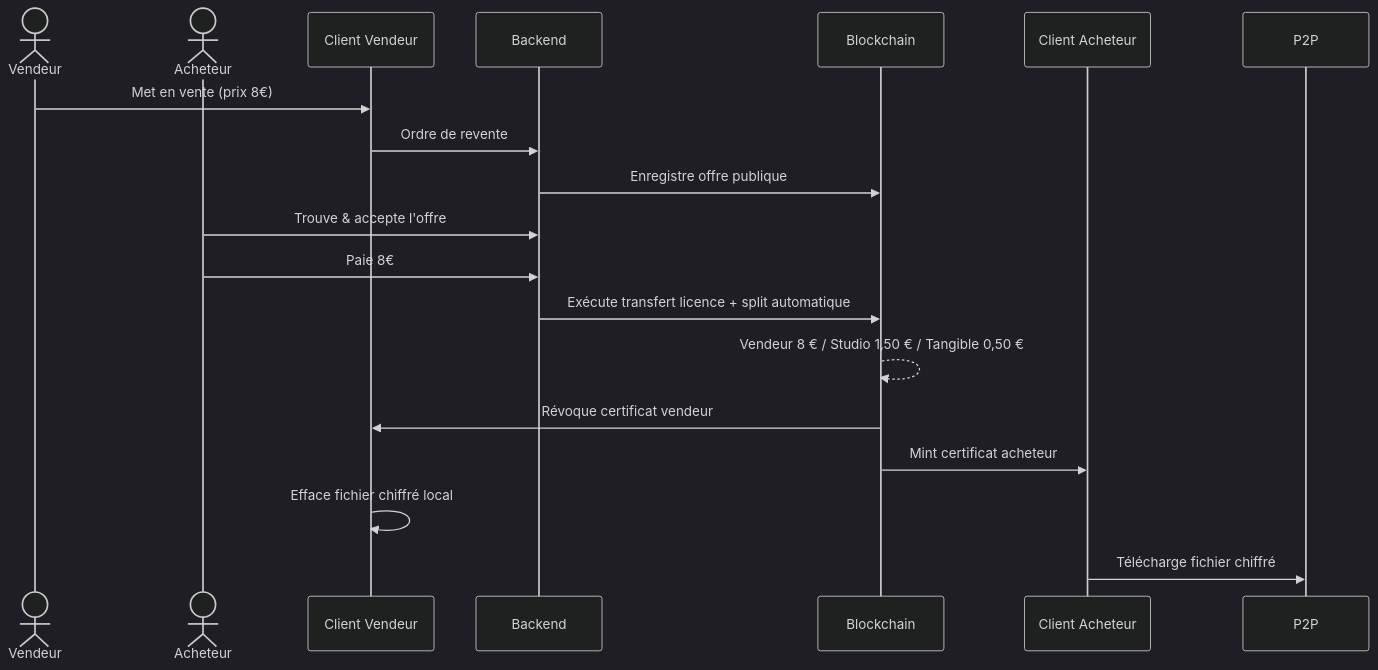
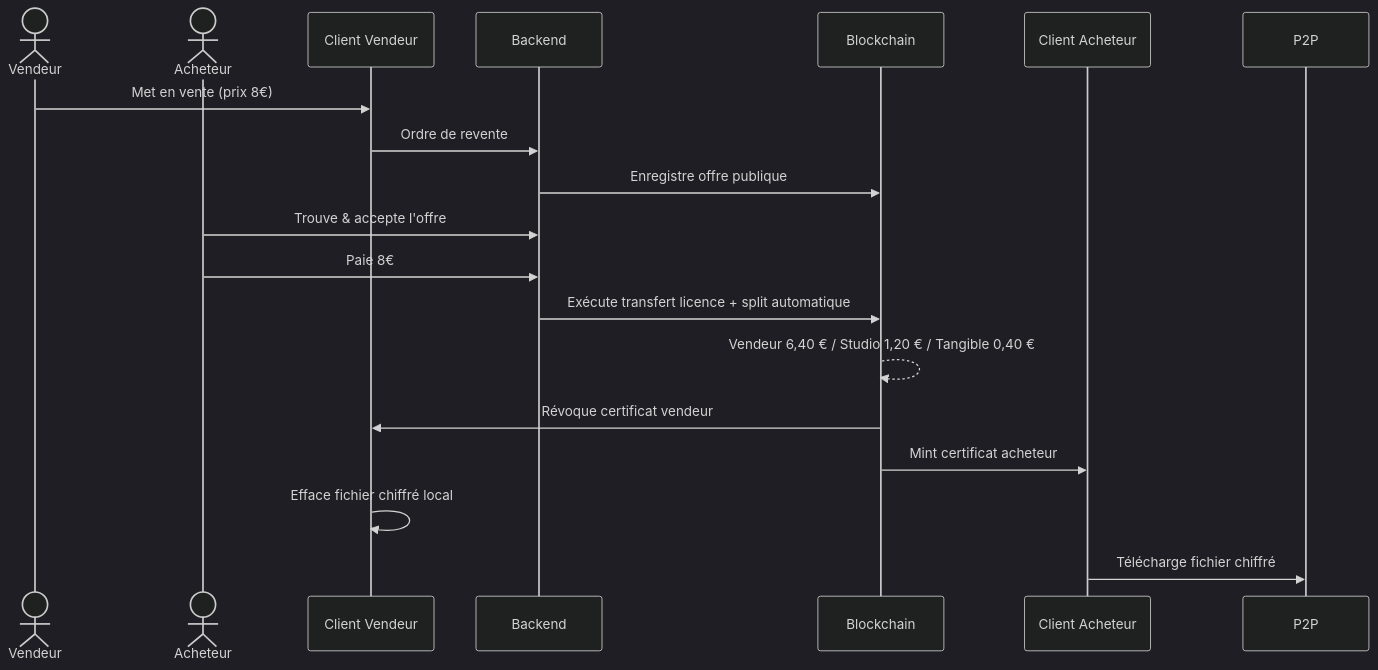
One commit to Pixnop/tangible changed the third of 4 diagrams in content/06 - Technique/Architecture Technique.md. Above: the diagram before and after it, drawn with Mermaid (dark theme). The commit also changed 2 other files, not shown here.

Commit message:
revert(pitch): exemple revente 10 € -> 8 € (splits 6,40/1,20/0,40)
Garde uniquement les prix top-line en chiffres ronds :
- Films : 13 € (4K), 9 € (HD), 5 € (SD)
- Tangible Pass : 8 € / mois

Restore l'exemple revente a 8 € avec splits non-ronds
(6,40 € / 1,20 € / 0,40 €) car ce sont des montants
calcules a partir des % qui restent inchanges (80/15/5).

````diff
--- a/content/06 - Technique/Architecture Technique.md
+++ b/content/06 - Technique/Architecture Technique.md
@@ -139,21 +139,21 @@
 ```mermaid
 sequenceDiagram
     actor V as Vendeur
     actor A as Acheteur
     participant C1 as Client Vendeur
     participant API as Backend
     participant BC as Blockchain
     participant C2 as Client Acheteur
 
     V->>C1: Met en vente (prix 8€)
     C1->>API: Ordre de revente
     API->>BC: Enregistre offre publique
     A->>API: Trouve & accepte l'offre
     A->>API: Paie 8€
     API->>BC: Exécute transfert licence + split automatique
-    BC-->>BC: Vendeur 8 € / Studio 1,50 € / Tangible 0,50 €
+    BC-->>BC: Vendeur 6,40 € / Studio 1,20 € / Tangible 0,40 €
     BC->>C1: Révoque certificat vendeur
     BC->>C2: Mint certificat acheteur
     C1->>C1: Efface fichier chiffré local
     C2->>P2P: Télécharge fichier chiffré
 ```
````
